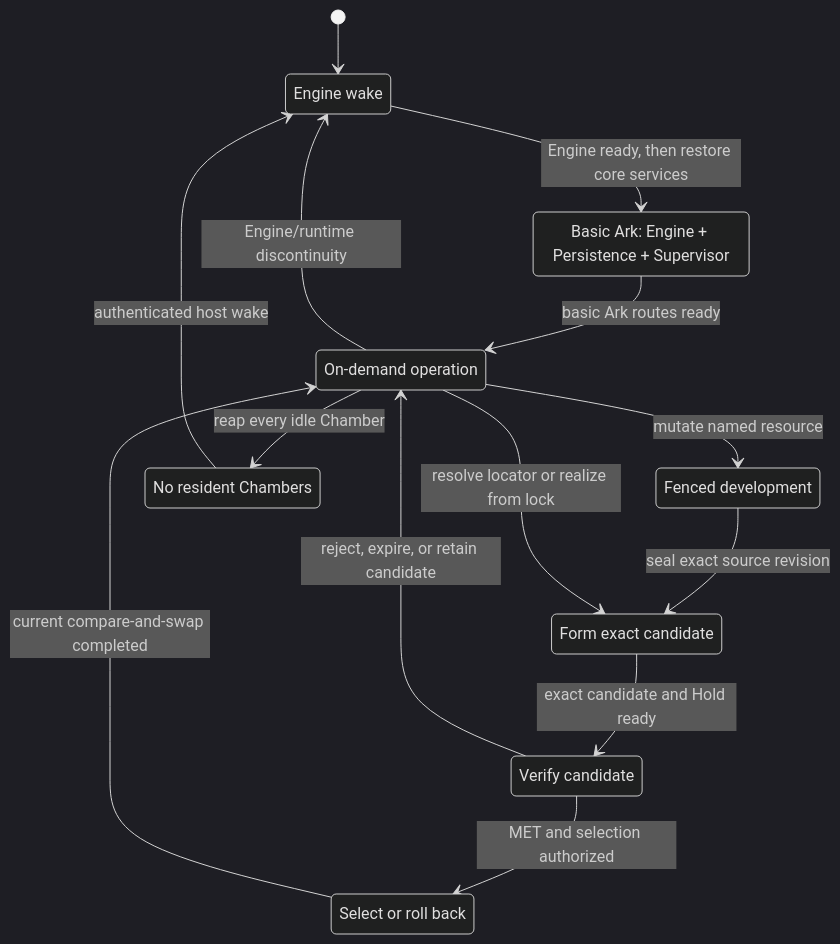
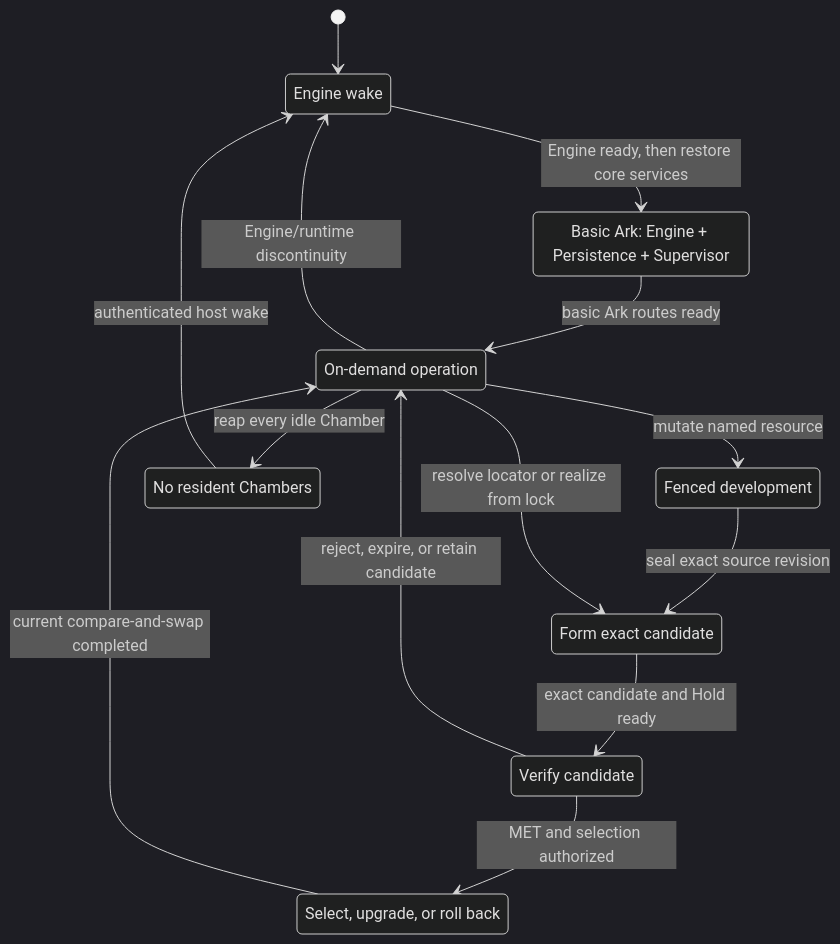
The second of 14 diagrams in source/chambers-lifecycle-sequences.md (dreamcatcher-tech/chambers-lifecycle-explorer), drawn with Mermaid (dark theme) before and after one commit. The commit also changed other lines of this file and 7 other files, not shown here.

````diff
--- a/source/chambers-lifecycle-sequences.md
+++ b/source/chambers-lifecycle-sequences.md
@@ -562,26 +677,26 @@
 ```mermaid
 stateDiagram-v2
     direction TB
     state "Engine wake" as Wake
     state "Basic Ark: Engine + Persistence + Supervisor" as Basic
     state "On-demand operation" as Normal
     state "Fenced development" as Develop
     state "Form exact candidate" as Realize
     state "Verify candidate" as Verify
-    state "Select or roll back" as Select
+    state "Select, upgrade, or roll back" as Select
     state "No resident Chambers" as Quiescent
 
     [*] --> Wake
     Wake --> Basic: Engine ready, then restore core services
     Basic --> Normal: basic Ark routes ready
     Normal --> Develop: mutate named resource
     Develop --> Realize: seal exact source revision
     Normal --> Realize: resolve locator or realize from lock
     Realize --> Verify: exact candidate and Hold ready
     Verify --> Select: MET and selection authorized
     Verify --> Normal: reject, expire, or retain candidate
     Select --> Normal: current compare-and-swap completed
     Normal --> Quiescent: reap every idle Chamber
     Quiescent --> Wake: authenticated host wake
     Normal --> Wake: Engine/runtime discontinuity
 ```
````
